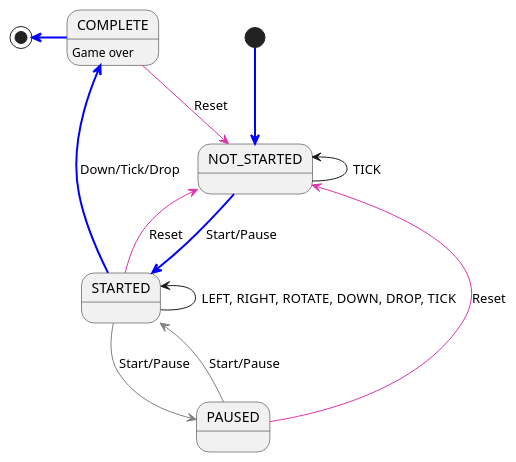
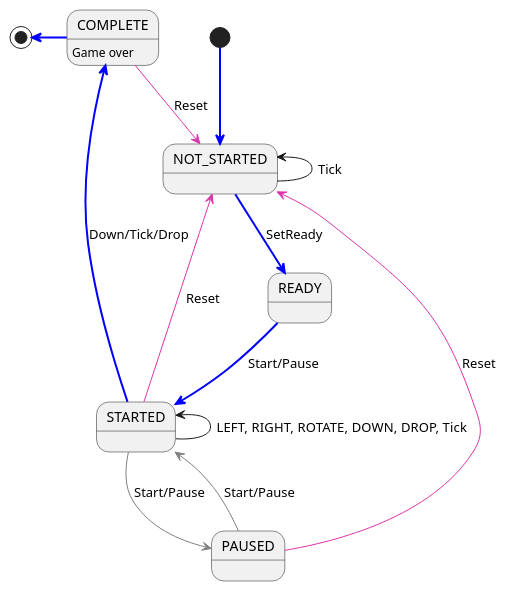
Before and after one commit to DerekJi/ngtetris: the diagram in docs/FSM.md, drawn with PlantUML. The commit also changed other lines of this file and 1 other file, not shown here.

Commit message:
docs: update FSM

````diff
--- a/docs/FSM.md
+++ b/docs/FSM.md
@@ -21,22 +23,23 @@
 ```plantuml
 @startuml
 
 [*] -[#blue,bold]-> NOT_STARTED
-NOT_STARTED -left-> NOT_STARTED: TICK
+NOT_STARTED -left-> NOT_STARTED: Tick
+NOT_STARTED -[#blue,bold]-> READY: SetReady
 
-NOT_STARTED -[#blue,bold]down-> STARTED: Start/Pause
+READY -[#blue,bold]down-> STARTED: Start/Pause
   STARTED -[#gray]-> PAUSED: Start/Pause
   PAUSED -[#gray]-> STARTED: Start/Pause
 STARTED -[#blue,bold]-> COMPLETE: Down/Tick/Drop
 
-STARTED -up-> STARTED: LEFT, RIGHT, ROTATE, DOWN, DROP, TICK
+STARTED -up-> STARTED: LEFT, RIGHT, ROTATE, DOWN, DROP, Tick
 
 STARTED -[#DD33AA]left-> NOT_STARTED: Reset
 PAUSED -[#DD33AA]-> NOT_STARTED: Reset
 COMPLETE -[#DD33AA]-> NOT_STARTED: Reset
 
 COMPLETE -[#blue,bold]left-> [*]
 COMPLETE: Game over
 
 @enduml
 ```
````
